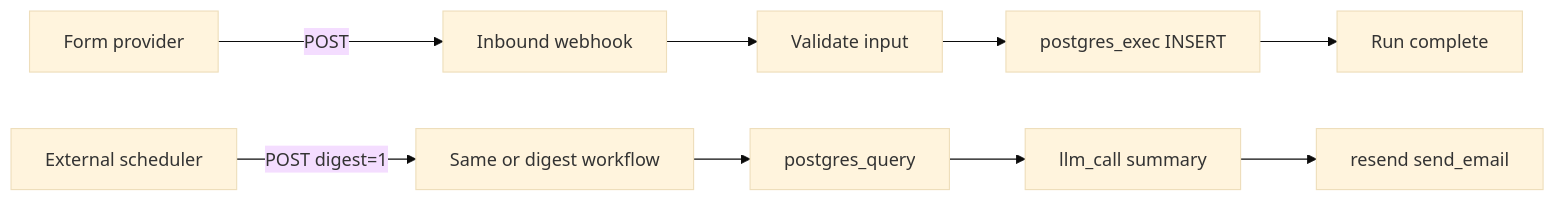
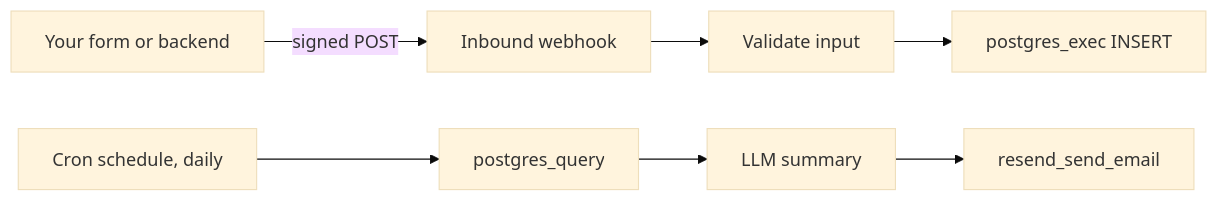
Before and after one commit to agentruntime-io/agentruntime-docs: the diagram in guides/form-webhook-postgres-resend-digest.mdx, drawn with Mermaid (base theme). The commit also changed other lines of this file and 180 other files, not shown here.

````diff
--- a/guides/form-webhook-postgres-resend-digest.mdx
+++ b/guides/form-webhook-postgres-resend-digest.mdx
@@ -10,11 +10,9 @@
 ```mermaid
 flowchart LR
-  Form[Form provider] -->|POST| WH[Inbound webhook]
+  Form[Your form or backend] -->|signed POST| WH[Inbound webhook]
   WH --> Validate[Validate input]
   Validate --> Insert[postgres_exec INSERT]
-  Insert --> Done[Run complete]
-  Cron[External scheduler] -->|POST digest=1| WH2[Same or digest workflow]
-  WH2 --> Query[postgres_query]
-  Query --> LLM[llm_call summary]
-  LLM --> Send[resend send_email]
+  Cron[Cron schedule, daily] --> Query[postgres_query]
+  Query --> LLM[LLM summary]
+  LLM --> Send[resend_send_email]
 ```
````
